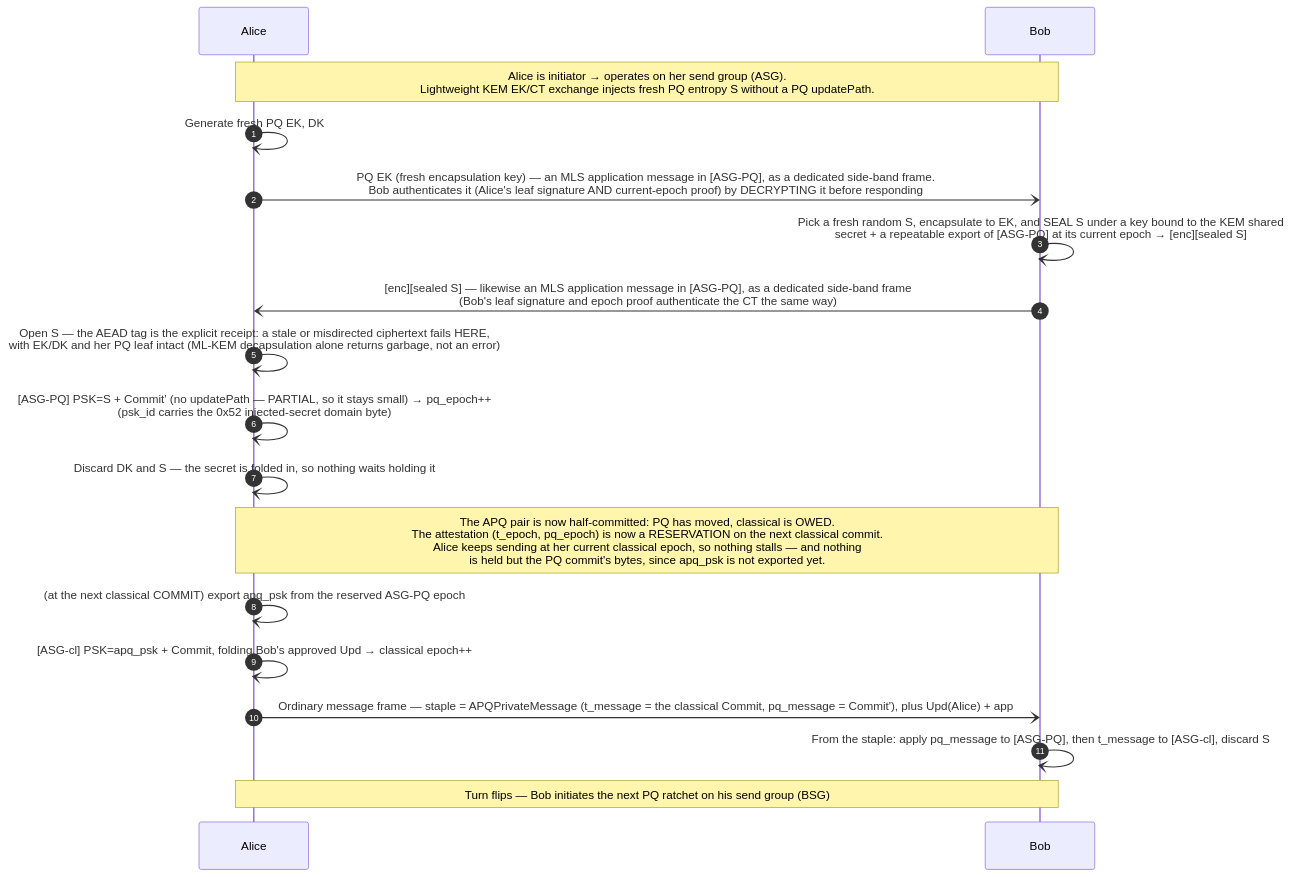
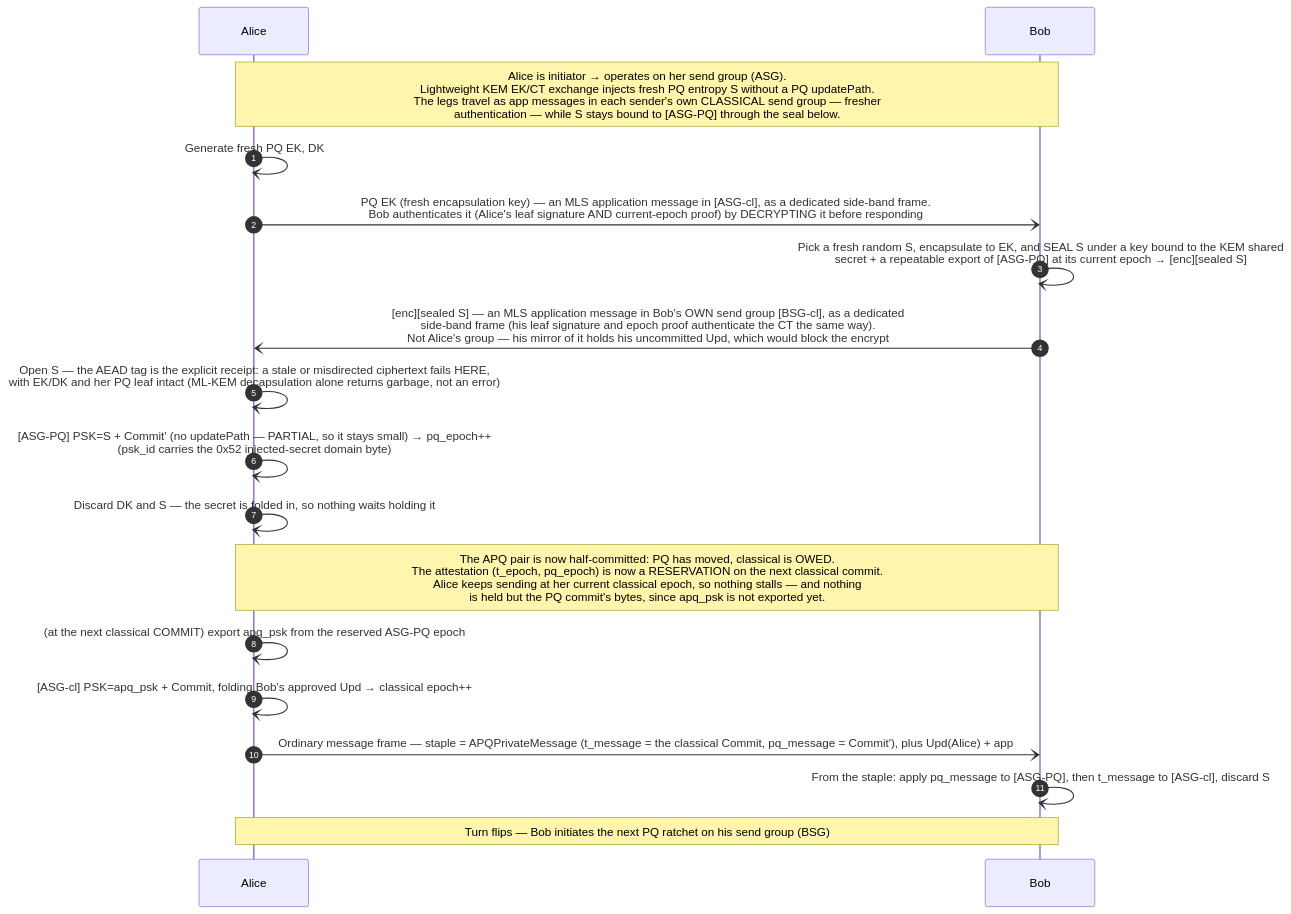
One commit to germ-network/TwoMLSPQ changed the ninth of 10 diagrams in book/src/protocol-flows.md. Above: the diagram before and after it, drawn with Mermaid. The commit also changed other lines of this file and 12 other files, not shown here.

First line of the commit message:
Carry the A.4 ratchet legs in the classical groups

````diff
--- a/book/src/protocol-flows.md
+++ b/book/src/protocol-flows.md
@@ -555,25 +555,25 @@
 ```mermaid
 sequenceDiagram
     autonumber
     participant Alice
     participant Bob
 
-    Note over Alice,Bob: Alice is initiator → operates on her send group (ASG).<br/>Lightweight KEM EK/CT exchange injects fresh PQ entropy S without a PQ updatePath.
+    Note over Alice,Bob: Alice is initiator → operates on her send group (ASG).<br/>Lightweight KEM EK/CT exchange injects fresh PQ entropy S without a PQ updatePath.<br/>The legs travel as app messages in each sender's own CLASSICAL send group — fresher<br/>authentication — while S stays bound to [ASG-PQ] through the seal below.
 
     Alice-)Alice: Generate fresh PQ EK, DK
-    Alice-)Bob: PQ EK (fresh encapsulation key) — an MLS application message in [ASG-PQ], as a dedicated side-band frame.<br/>Bob authenticates it (Alice's leaf signature AND current-epoch proof) by DECRYPTING it before responding
+    Alice-)Bob: PQ EK (fresh encapsulation key) — an MLS application message in [ASG-cl], as a dedicated side-band frame.<br/>Bob authenticates it (Alice's leaf signature AND current-epoch proof) by DECRYPTING it before responding
     Bob-)Bob: Pick a fresh random S, encapsulate to EK, and SEAL S under a key bound to the KEM shared<br/>secret + a repeatable export of [ASG-PQ] at its current epoch → [enc][sealed S]
-    Bob-)Alice: [enc][sealed S] — likewise an MLS application message in [ASG-PQ], as a dedicated side-band frame<br/>(Bob's leaf signature and epoch proof authenticate the CT the same way)
+    Bob-)Alice: [enc][sealed S] — an MLS application message in Bob's OWN send group [BSG-cl], as a dedicated<br/>side-band frame (his leaf signature and epoch proof authenticate the CT the same way).<br/>Not Alice's group — his mirror of it holds his uncommitted Upd, which would block the encrypt
     Alice-)Alice: Open S — the AEAD tag is the explicit receipt: a stale or misdirected ciphertext fails HERE,<br/>with EK/DK and her PQ leaf intact (ML-KEM decapsulation alone returns garbage, not an error)
 
     Alice-)Alice: [ASG-PQ] PSK=S + Commit' (no updatePath — PARTIAL, so it stays small) → pq_epoch++<br/>(psk_id carries the 0x52 injected-secret domain byte)
     Alice-)Alice: Discard DK and S — the secret is folded in, so nothing waits holding it
 
     Note over Alice,Bob: The APQ pair is now half-committed: PQ has moved, classical is OWED.<br/>The attestation (t_epoch, pq_epoch) is now a RESERVATION on the next classical commit.<br/>Alice keeps sending at her current classical epoch, so nothing stalls — and nothing<br/>is held but the PQ commit's bytes, since apq_psk is not exported yet.
 
     Alice-)Alice: (at the next classical COMMIT) export apq_psk from the reserved ASG-PQ epoch
     Alice-)Alice: [ASG-cl] PSK=apq_psk + Commit, folding Bob's approved Upd → classical epoch++
     Alice-)Bob: Ordinary message frame — staple = APQPrivateMessage (t_message = the classical Commit, pq_message = Commit'), plus Upd(Alice) + app
     Bob-)Bob: From the staple: apply pq_message to [ASG-PQ], then t_message to [ASG-cl], discard S
     Note over Alice,Bob: Turn flips — Bob initiates the next PQ ratchet on his send group (BSG)
 ```
````
